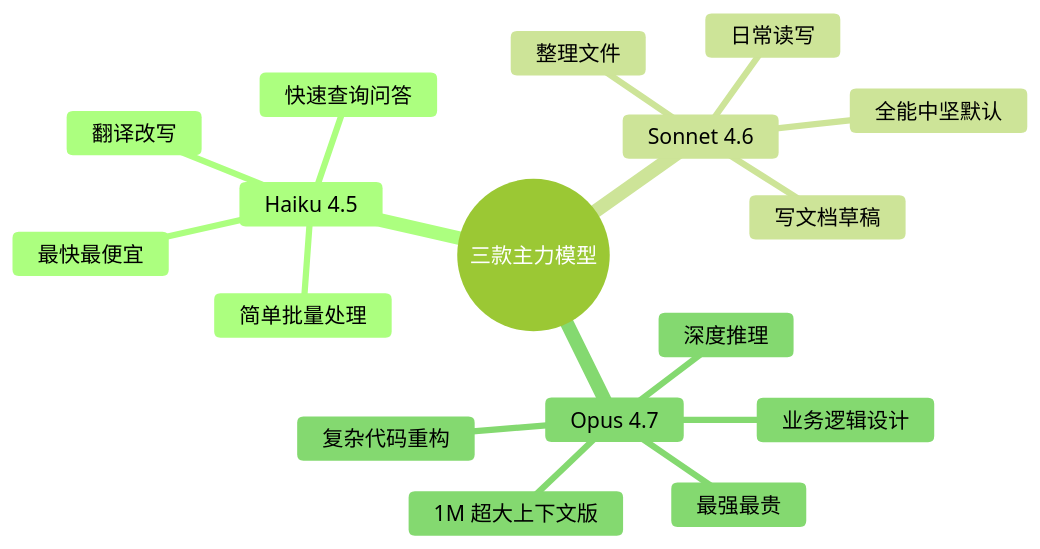
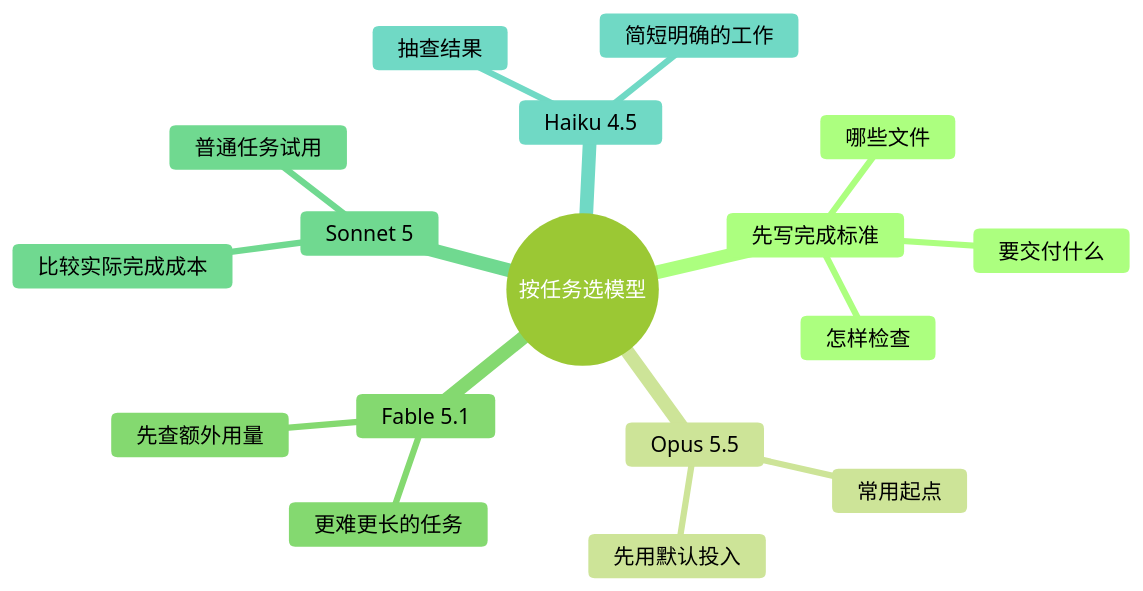
One commit to mali9527/claude-code-full-guide-for-beginners changed the second of 2 diagrams in manuscript/part3-深度概念/15-模型与成本.md. Above: the diagram before and after it, drawn with Mermaid. The commit also changed other lines of this file and 130 other files, not shown here.

````diff
--- a/manuscript/part3-深度概念/15-模型与成本.md
+++ b/manuscript/part3-深度概念/15-模型与成本.md
@@ -77,28 +95,28 @@
 ```mermaid
 ---
 config:
   theme: forest
   themeVariables:
     fontFamily: "-apple-system, 'SF Pro Text', 'PingFang SC', 'Helvetica Neue', sans-serif"
     fontSize: "17px"
     lineColor: "#D9D9D9"
 ---
 mindmap
-  root((三款主力模型))
+  root((按任务选模型))
+    先写完成标准
+      哪些文件
+      要交付什么
+      怎样检查
+    Opus 5.5
+      常用起点
+      先用默认投入
+    Fable 5.1
+      更难更长的任务
+      先查额外用量
+    Sonnet 5
+      普通任务试用
+      比较实际完成成本
     Haiku 4.5
-      最快最便宜
-      简单批量处理
-      快速查询问答
-      翻译改写
-    Sonnet 4.6
-      全能中坚默认
-      日常读写
-      整理文件
-      写文档草稿
-    Opus 4.7
-      最强最贵
-      深度推理
-      复杂代码重构
-      业务逻辑设计
-      1M 超大上下文版
+      简短明确的工作
+      抽查结果
 ```
````
